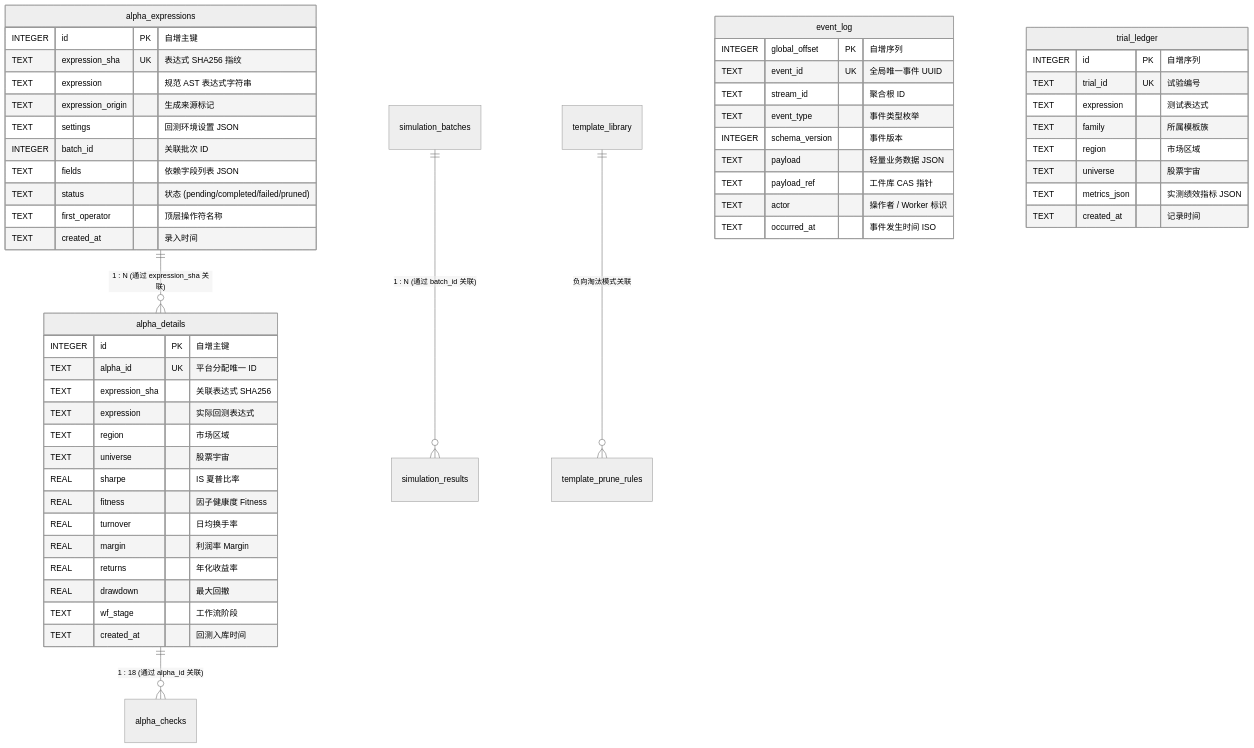
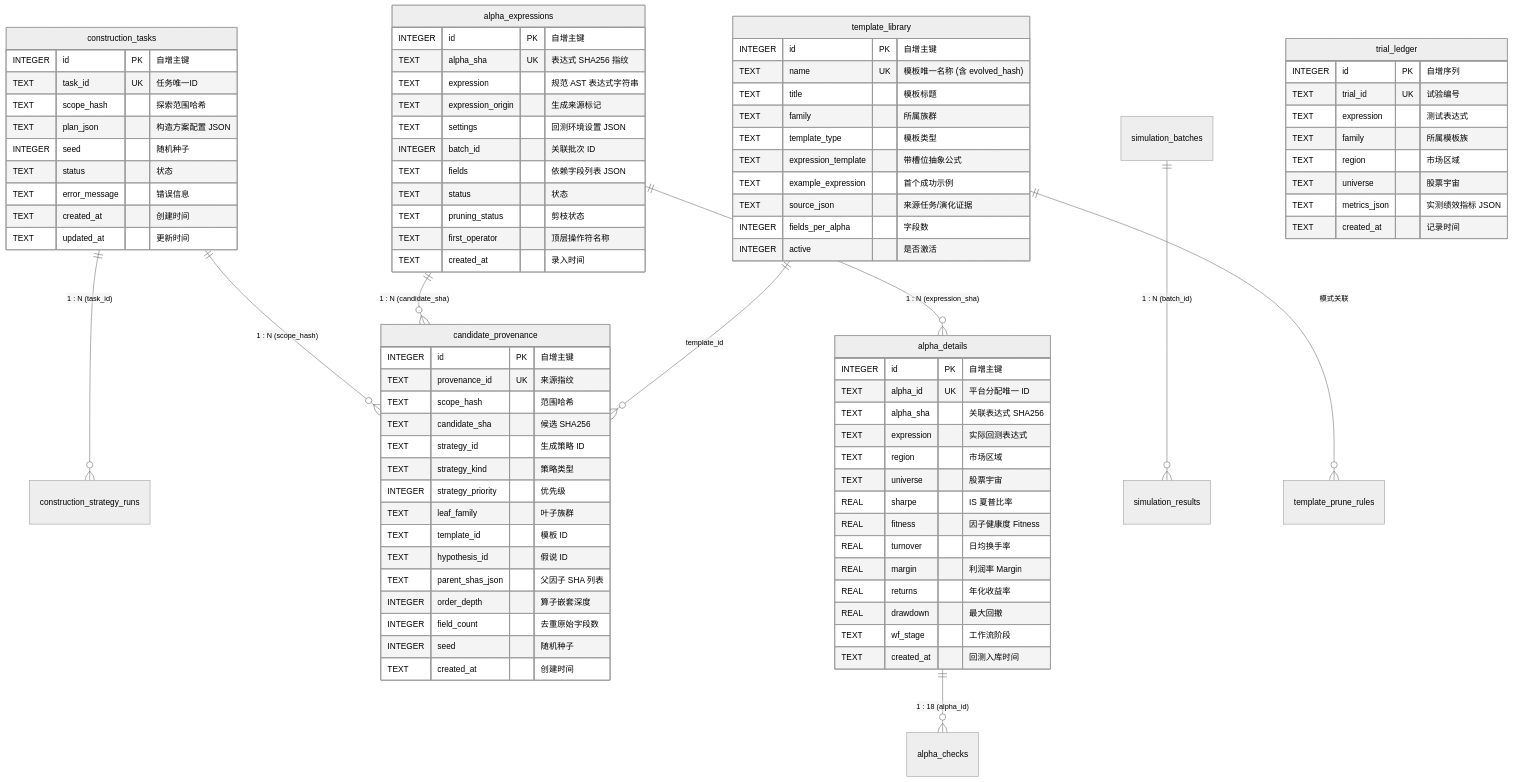
One commit to Justices/alpha_factory changed the diagram in DATABASE_DESIGN.md. Above: the diagram before and after it, drawn with Mermaid (neutral theme). The commit also changed other lines of this file and 8 other files, not shown here.

````diff
--- a/DATABASE_DESIGN.md
+++ b/DATABASE_DESIGN.md
@@ -55,19 +56,54 @@
 ```mermaid
 erDiagram
-    alpha_expressions ||--o{ alpha_details : "1 : N (通过 expression_sha 关联)"
-    alpha_details ||--o{ alpha_checks : "1 : 18 (通过 alpha_id 关联)"
-    simulation_batches ||--o{ simulation_results : "1 : N (通过 batch_id 关联)"
-    template_library ||--o{ template_prune_rules : "负向淘汰模式关联"
+    construction_tasks ||--o{ construction_strategy_runs : "1 : N (task_id)"
+    construction_tasks ||--o{ candidate_provenance : "1 : N (scope_hash)"
+    alpha_expressions ||--o{ candidate_provenance : "1 : N (candidate_sha)"
+    alpha_expressions ||--o{ alpha_details : "1 : N (expression_sha)"
+    alpha_details ||--o{ alpha_checks : "1 : 18 (alpha_id)"
+    simulation_batches ||--o{ simulation_results : "1 : N (batch_id)"
+    template_library ||--o{ template_prune_rules : "模式关联"
+    template_library ||--o{ candidate_provenance : "template_id"
+
+    construction_tasks {
+        INTEGER id PK "自增主键"
+        TEXT task_id UK "任务唯一ID"
+        TEXT scope_hash "探索范围哈希"
+        TEXT plan_json "构造方案配置 JSON"
+        INTEGER seed "随机种子"
+        TEXT status "状态"
+        TEXT error_message "错误信息"
+        TEXT created_at "创建时间"
+        TEXT updated_at "更新时间"
+    }
+
+    candidate_provenance {
+        INTEGER id PK "自增主键"
+        TEXT provenance_id UK "来源指纹"
+        TEXT scope_hash "范围哈希"
+        TEXT candidate_sha "候选 SHA256"
+        TEXT strategy_id "生成策略 ID"
+        TEXT strategy_kind "策略类型"
+        INTEGER strategy_priority "优先级"
+        TEXT leaf_family "叶子族群"
+        TEXT template_id "模板 ID"
+        TEXT hypothesis_id "假说 ID"
+        TEXT parent_shas_json "父因子 SHA 列表"
+        INTEGER order_depth "算子嵌套深度"
+        INTEGER field_count "去重原始字段数"
+        INTEGER seed "随机种子"
+        TEXT created_at "创建时间"
+    }
 
     alpha_expressions {
         INTEGER id PK "自增主键"
-        TEXT expression_sha UK "表达式 SHA256 指纹"
+        TEXT alpha_sha UK "表达式 SHA256 指纹"
         TEXT expression "规范 AST 表达式字符串"
         TEXT expression_origin "生成来源标记"
         TEXT settings "回测环境设置 JSON"
         INTEGER batch_id "关联批次 ID"
         TEXT fields "依赖字段列表 JSON"
-        TEXT status "状态 (pending/completed/failed/pruned)"
+        TEXT status "状态"
+        TEXT pruning_status "剪枝状态"
         TEXT first_operator "顶层操作符名称"
         TEXT created_at "录入时间"
     }
@@ -75,7 +111,7 @@
     alpha_details {
         INTEGER id PK "自增主键"
         TEXT alpha_id UK "平台分配唯一 ID"
-        TEXT expression_sha "关联表达式 SHA256"
+        TEXT alpha_sha "关联表达式 SHA256"
         TEXT expression "实际回测表达式"
         TEXT region "市场区域"
         TEXT universe "股票宇宙"
@@ -89,16 +125,17 @@
         TEXT created_at "回测入库时间"
     }
 
-    event_log {
-        INTEGER global_offset PK "自增序列"
-        TEXT event_id UK "全局唯一事件 UUID"
-        TEXT stream_id "聚合根 ID"
-        TEXT event_type "事件类型枚举"
-        INTEGER schema_version "事件版本"
-        TEXT payload "轻量业务数据 JSON"
-        TEXT payload_ref "工件库 CAS 指针"
-        TEXT actor "操作者 / Worker 标识"
-        TEXT occurred_at "事件发生时间 ISO"
+    template_library {
+        INTEGER id PK "自增主键"
+        TEXT name UK "模板唯一名称 (含 evolved_hash)"
+        TEXT title "模板标题"
+        TEXT family "所属族群"
+        TEXT template_type "模板类型"
+        TEXT expression_template "带槽位抽象公式"
+        TEXT example_expression "首个成功示例"
+        TEXT source_json "来源任务/演化证据"
+        INTEGER fields_per_alpha "字段数"
+        INTEGER active "是否激活"
     }
 
     trial_ledger {
````
